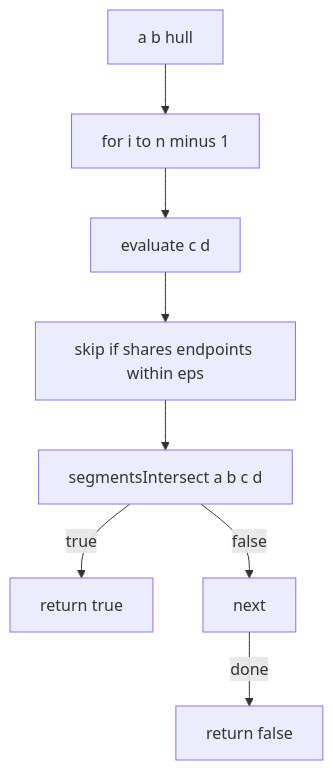
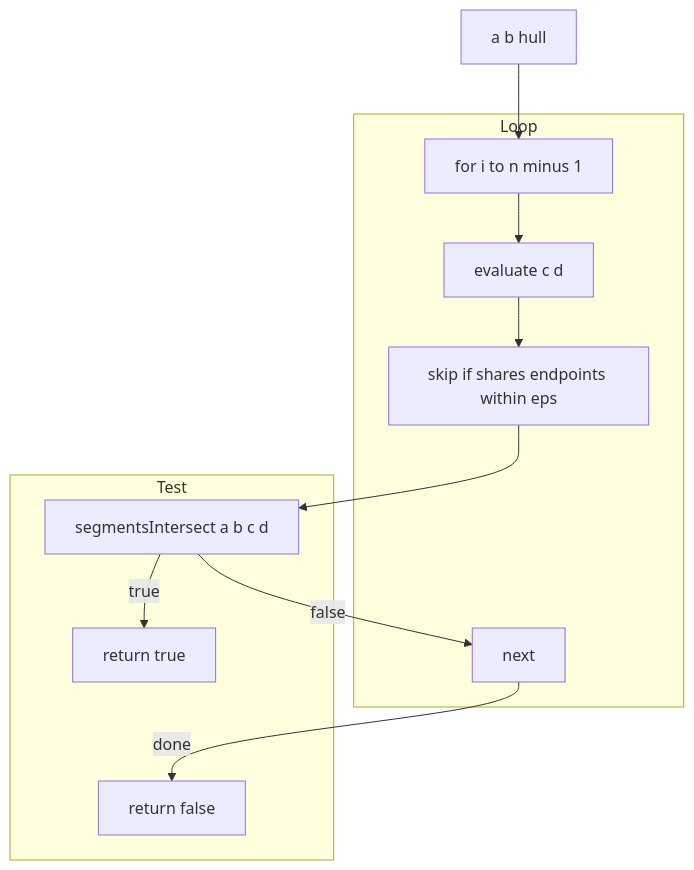
One commit to Gh0st352/AETHR changed the third of 6 diagrams in docs/poly/hulls_densify_and_gaps.md. Above: the diagram before and after it, drawn with Mermaid. The commit also changed other lines of this file and 9 other files, not shown here.

First line of the commit message:
docs(poly): improve README headings and mermaid diagrams

````diff
--- a/docs/poly/hulls_densify_and_gaps.md
+++ b/docs/poly/hulls_densify_and_gaps.md
@@ -52,10 +96,28 @@
 ```mermaid
+%% shared theme: docs/_mermaid/theme.json %%
 flowchart TD
   IN[a b hull] --> LOOP[for i to n minus 1]
   LOOP --> EDG[evaluate c d]
   EDG --> SKIP[skip if shares endpoints within eps]
   SKIP --> TEST[segmentsIntersect a b c d]
   TEST -->|true| YES[return true]
   TEST -->|false| NEXT[next]
   NEXT -->|done| NO[return false]
+
+  subgraph "Loop"
+    LOOP
+    EDG
+    SKIP
+    NEXT
+  end
+  subgraph "Test"
+    TEST
+    YES
+    NO
+  end
+
+  class IN class_io;
+  class LOOP,EDG,SKIP,NEXT class_step;
+  class TEST class_decision;
+  class YES,NO class_result;
 ```
````
